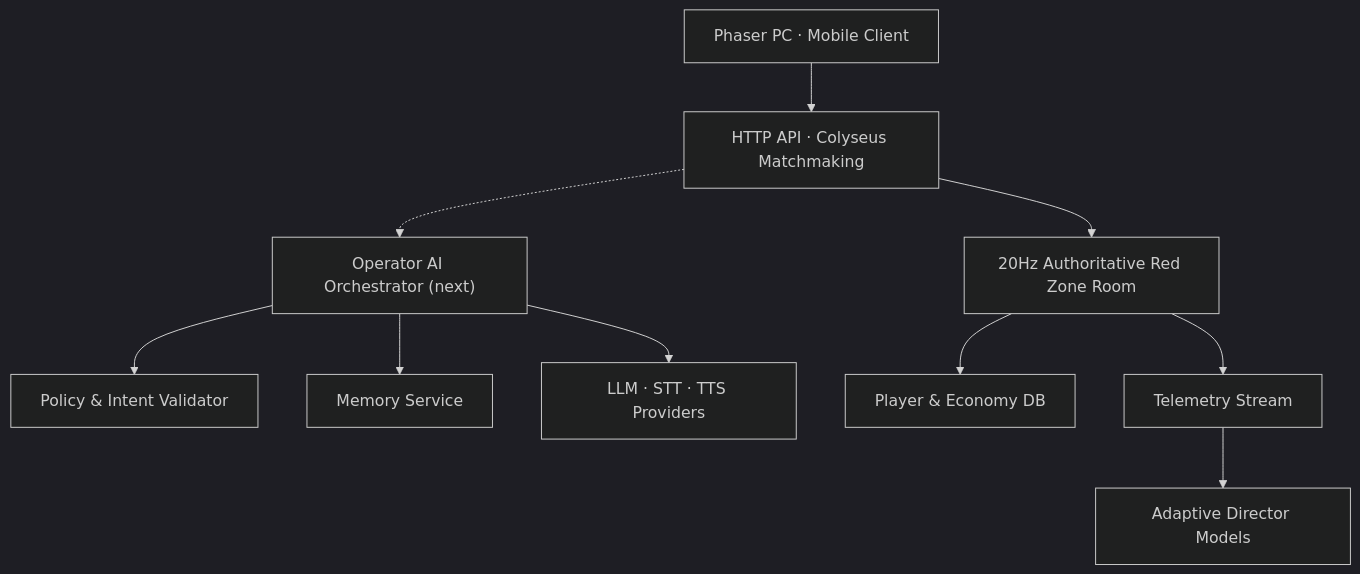
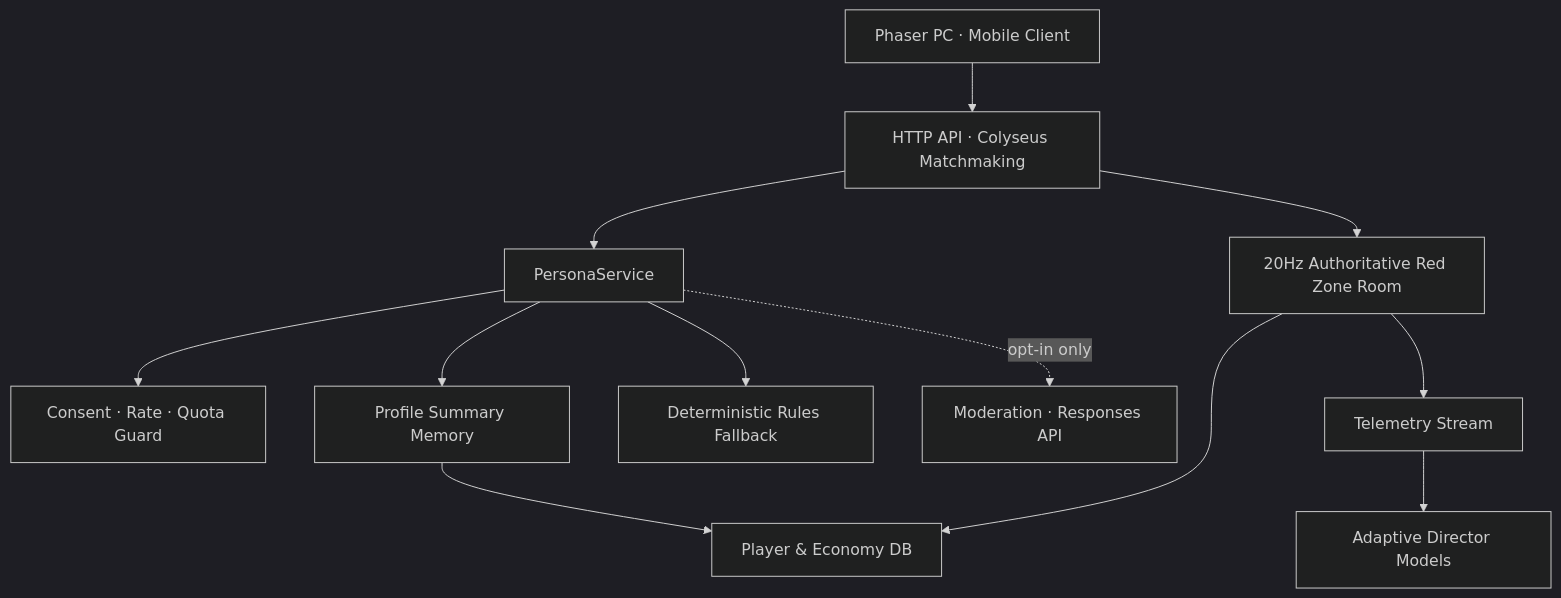
One commit to khj874869/Neural-Evolution-Operatives changed the diagram in docs/ARCHITECTURE.md. Above: the diagram before and after it, drawn with Mermaid (dark theme). The commit also changed other lines of this file and 30 other files, not shown here.

````diff
--- a/docs/ARCHITECTURE.md
+++ b/docs/ARCHITECTURE.md
@@ -9,12 +9,14 @@
 ```mermaid
 flowchart TD
   C["Phaser PC · Mobile Client"] --> G["HTTP API · Colyseus Matchmaking"]
   G --> A["20Hz Authoritative Red Zone Room"]
-  G -.-> O["Operator AI Orchestrator (next)"]
-  O --> P["Policy & Intent Validator"]
-  O --> M["Memory Service"]
-  O --> L["LLM · STT · TTS Providers"]
+  G --> O["PersonaService"]
+  O --> P["Consent · Rate · Quota Guard"]
+  O --> M["Profile Summary Memory"]
+  O --> F["Deterministic Rules Fallback"]
+  O -. "opt-in only" .-> L["Moderation · Responses API"]
   A --> D["Player & Economy DB"]
+  M --> D
   A --> T["Telemetry Stream"]
   T --> R["Adaptive Director Models"]
 ```
````
